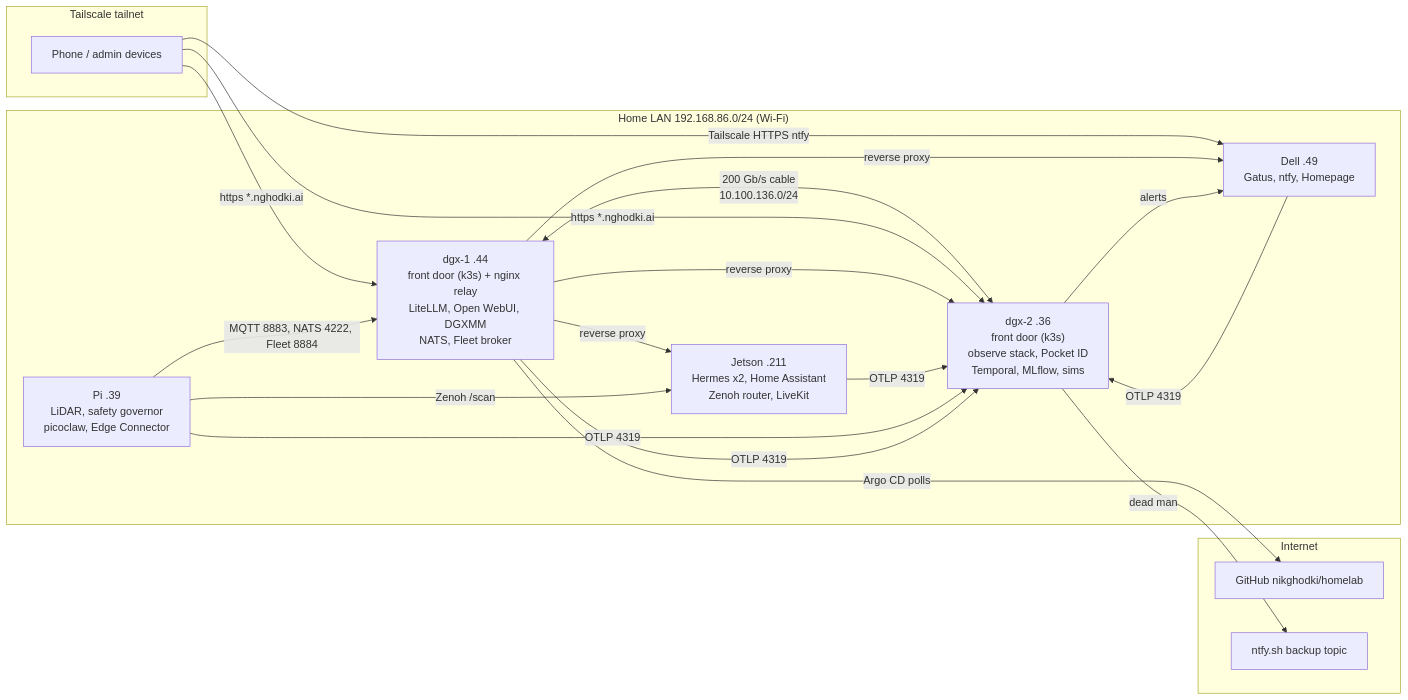
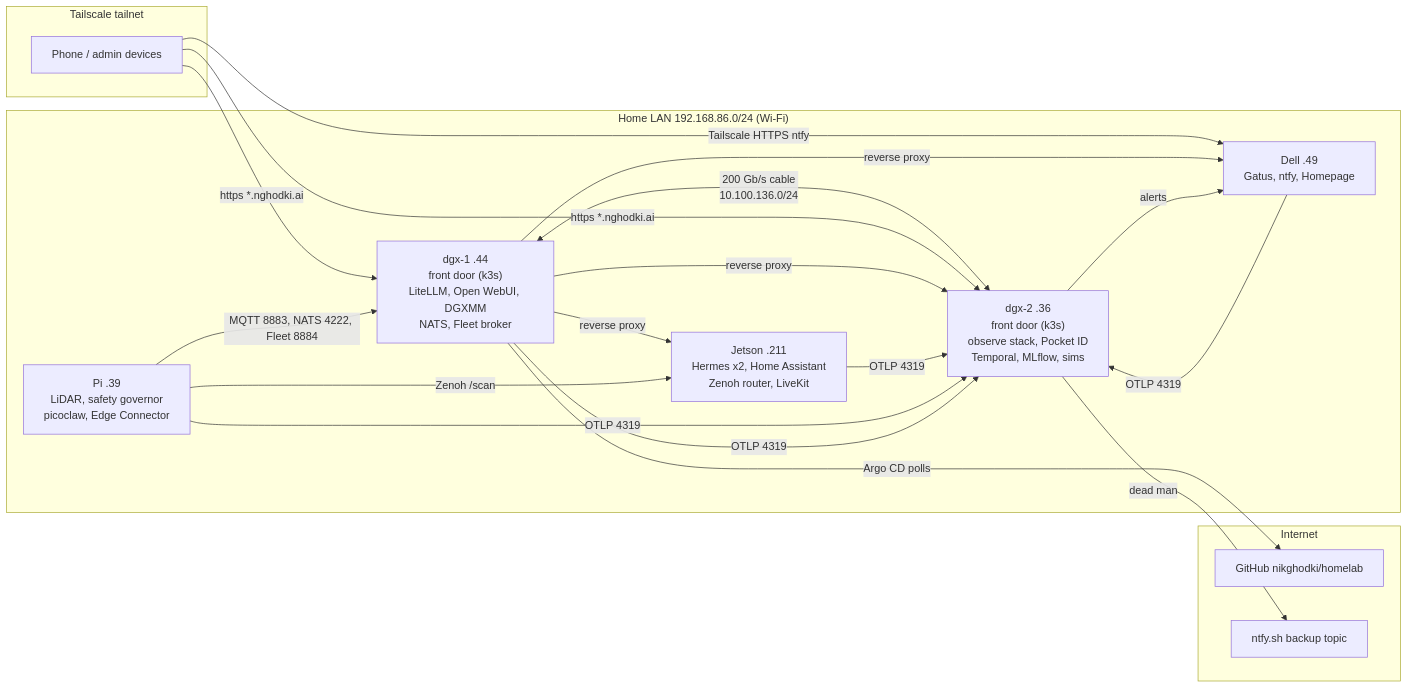
One commit to nikghodki/homelab changed the diagram in docs-site/content/docs/overview/index.md. Above: the diagram before and after it, drawn with Mermaid. The commit also changed other lines of this file and 16 other files, not shown here.

First line of the commit message:
Docs: the old front door is stopped; model plane direct in the k3s Caddy

````diff
--- a/docs-site/content/docs/overview/index.md
+++ b/docs-site/content/docs/overview/index.md
@@ -29,30 +29,30 @@
 ```mermaid
 flowchart LR
   subgraph Internet
     GH[GitHub nikghodki/homelab]
     NTFYSH[ntfy.sh backup topic]
   end
   subgraph Tailnet["Tailscale tailnet"]
     PHONE[Phone / admin devices]
   end
   subgraph LAN["Home LAN 192.168.86.0/24 (Wi-Fi)"]
-    DGX1["dgx-1 .44<br/>front door (k3s) + nginx relay<br/>LiteLLM, Open WebUI, DGXMM<br/>NATS, Fleet broker"]
+    DGX1["dgx-1 .44<br/>front door (k3s)<br/>LiteLLM, Open WebUI, DGXMM<br/>NATS, Fleet broker"]
     DGX2["dgx-2 .36<br/>front door (k3s)<br/>observe stack, Pocket ID<br/>Temporal, MLflow, sims"]
     JET["Jetson .211<br/>Hermes x2, Home Assistant<br/>Zenoh router, LiveKit"]
     DELL["Dell .49<br/>Gatus, ntfy, Homepage"]
     PI["Pi .39<br/>LiDAR, safety governor<br/>picoclaw, Edge Connector"]
   end
   DGX1 <-->|"200 Gb/s cable<br/>10.100.136.0/24"| DGX2
   PHONE -- "https *.nghodki.ai" --> DGX1
   PHONE -- "https *.nghodki.ai" --> DGX2
   PHONE -- "Tailscale HTTPS ntfy" --> DELL
   DGX1 -- "reverse proxy" --> DGX2
   DGX1 -- "reverse proxy" --> DELL
   DGX1 -- "reverse proxy" --> JET
   PI -- "Zenoh /scan" --> JET
   PI -- "MQTT 8883, NATS 4222, Fleet 8884" --> DGX1
   JET & PI & DELL & DGX1 -- "OTLP 4319" --> DGX2
   DGX2 -- "alerts" --> DELL
   DGX2 -- "dead man" --> NTFYSH
   DGX1 -- "Argo CD polls" --> GH
 ```
````
